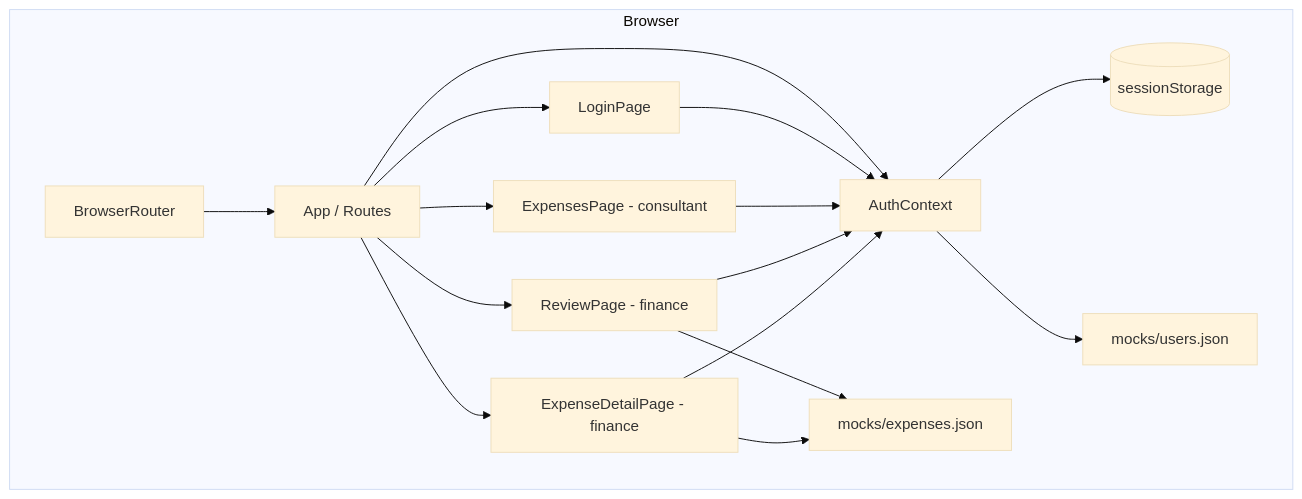
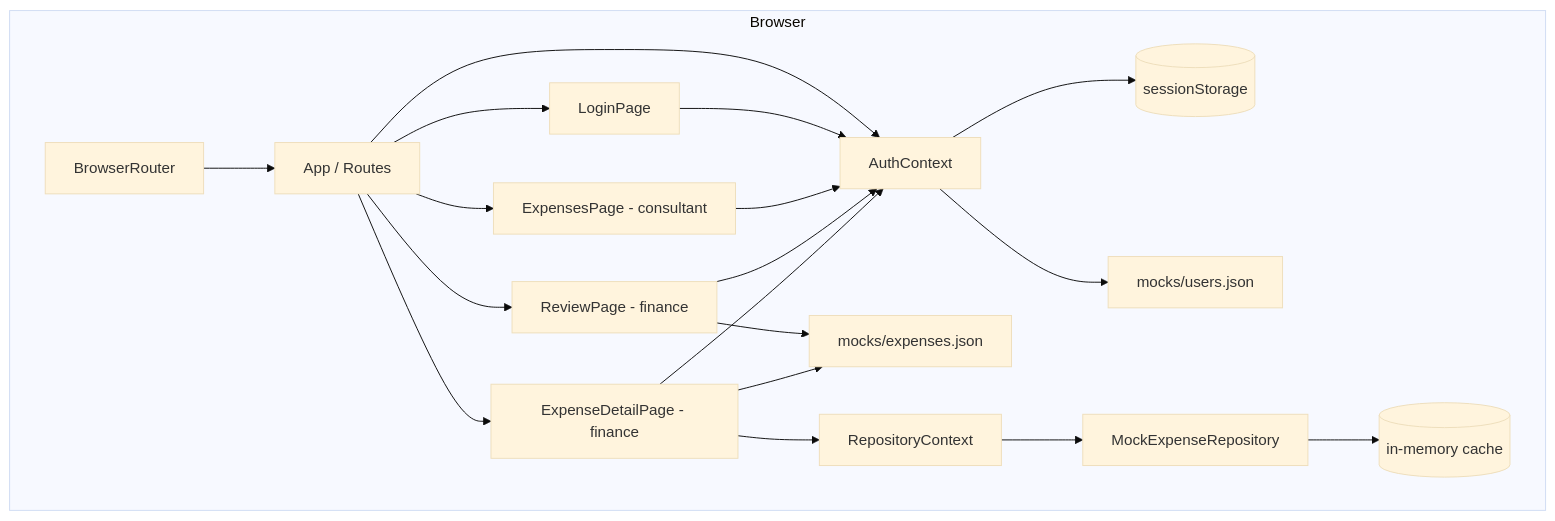
One commit to LewisHarvey-Netco/netco-expense changed the diagram in docs/architecture.md. Above: the diagram before and after it, drawn with Mermaid (base theme). The commit also changed other lines of this file and 5 other files, not shown here.

````diff
--- a/docs/architecture.md
+++ b/docs/architecture.md
@@ -14,19 +14,22 @@
 ```mermaid
 flowchart TD
     subgraph Browser
-        BR[BrowserRouter] --> APP[App / Routes]
-        APP --> AC[AuthContext]
-        AC --> SS[(sessionStorage)]
-        AC --> MOCK[mocks/users.json]
-        APP --> LP[LoginPage]
-        APP --> EP[ExpensesPage - consultant]
-        APP --> RP[ReviewPage - finance]
-        APP --> RDP[ExpenseDetailPage - finance]
-        LP --> AC
-        EP --> AC
-        RP --> AC
-        RDP --> AC
-        RP --> MOCK2[mocks/expenses.json]
-        RDP --> MOCK2
+        BrowserRouter --> AppRoutes[App / Routes]
+        AppRoutes --> AuthContext
+        AuthContext --> SessionStorage[(sessionStorage)]
+        AuthContext --> UsersMock[mocks/users.json]
+        AppRoutes --> LoginPage
+        AppRoutes --> ExpensesPage[ExpensesPage - consultant]
+        AppRoutes --> ReviewPage[ReviewPage - finance]
+        AppRoutes --> ExpenseDetailPage[ExpenseDetailPage - finance]
+        LoginPage --> AuthContext
+        ExpensesPage --> AuthContext
+        ReviewPage --> AuthContext
+        ExpenseDetailPage --> AuthContext
+        ReviewPage --> ExpensesMock[mocks/expenses.json]
+        ExpenseDetailPage --> ExpensesMock
+        ExpenseDetailPage --> RepositoryContext
+        RepositoryContext --> MockExpenseRepository
+        MockExpenseRepository --> InMemoryCache[(in-memory cache)]
     end
 ```
````
